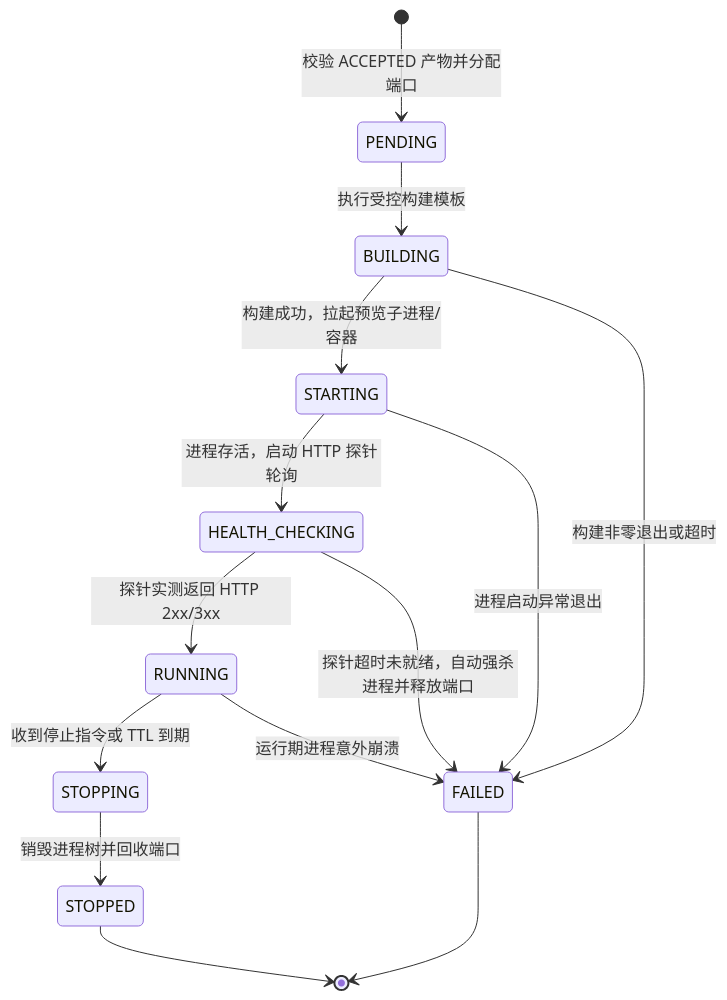
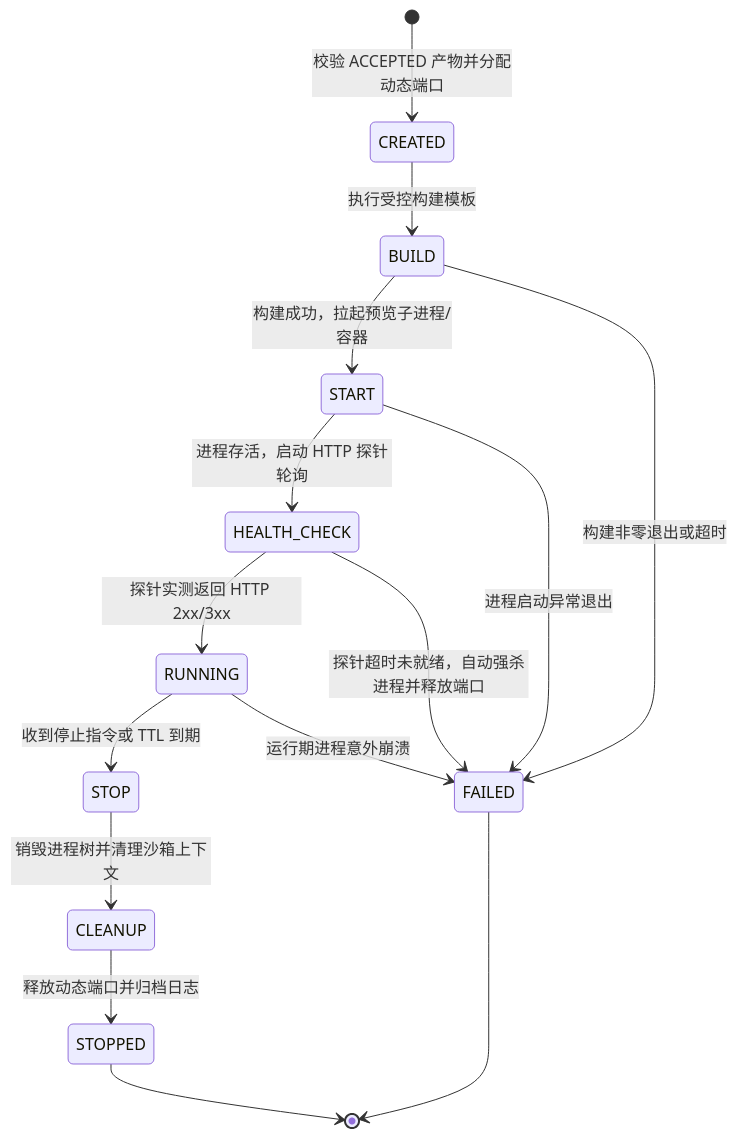
Before and after one commit to RubiumOnly/AgentHub: the third of 3 diagrams in README.md, drawn with Mermaid. The commit also changed other lines of this file and 18 other files, not shown here.

````diff
--- a/README.md
+++ b/README.md
@@ -123,16 +123,17 @@
 ```mermaid
 stateDiagram-v2
-    [*] --> PENDING: 校验 ACCEPTED 产物并分配端口
-    PENDING --> BUILDING: 执行受控构建模板
-    BUILDING --> STARTING: 构建成功，拉起预览子进程/容器
-    BUILDING --> FAILED: 构建非零退出或超时
-    STARTING --> HEALTH_CHECKING: 进程存活，启动 HTTP 探针轮询
-    STARTING --> FAILED: 进程启动异常退出
-    HEALTH_CHECKING --> RUNNING: 探针实测返回 HTTP 2xx/3xx
-    HEALTH_CHECKING --> FAILED: 探针超时未就绪，自动强杀进程并释放端口
-    RUNNING --> STOPPING: 收到停止指令或 TTL 到期
+    [*] --> CREATED: 校验 ACCEPTED 产物并分配动态端口
+    CREATED --> BUILD: 执行受控构建模板
+    BUILD --> START: 构建成功，拉起预览子进程/容器
+    BUILD --> FAILED: 构建非零退出或超时
+    START --> HEALTH_CHECK: 进程存活，启动 HTTP 探针轮询
+    START --> FAILED: 进程启动异常退出
+    HEALTH_CHECK --> RUNNING: 探针实测返回 HTTP 2xx/3xx
+    HEALTH_CHECK --> FAILED: 探针超时未就绪，自动强杀进程并释放端口
+    RUNNING --> STOP: 收到停止指令或 TTL 到期
     RUNNING --> FAILED: 运行期进程意外崩溃
-    STOPPING --> STOPPED: 销毁进程树并回收端口
+    STOP --> CLEANUP: 销毁进程树并清理沙箱上下文
+    CLEANUP --> STOPPED: 释放动态端口并归档日志
     STOPPED --> [*]
     FAILED --> [*]
 ```
````
